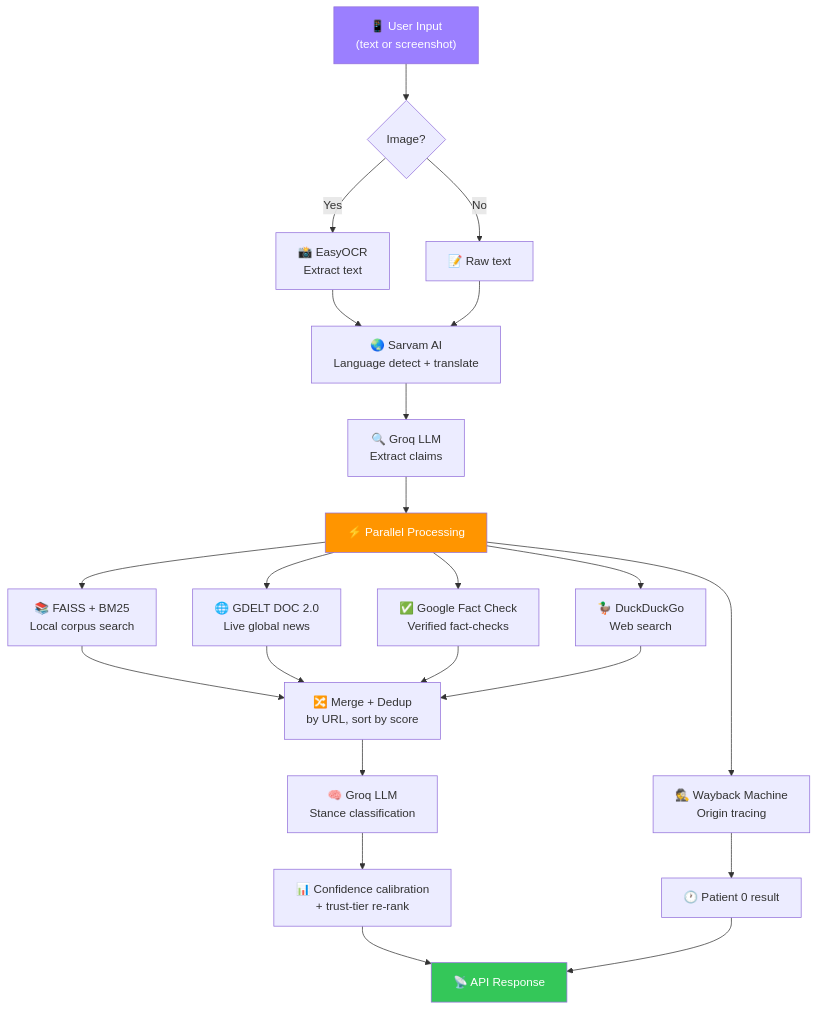
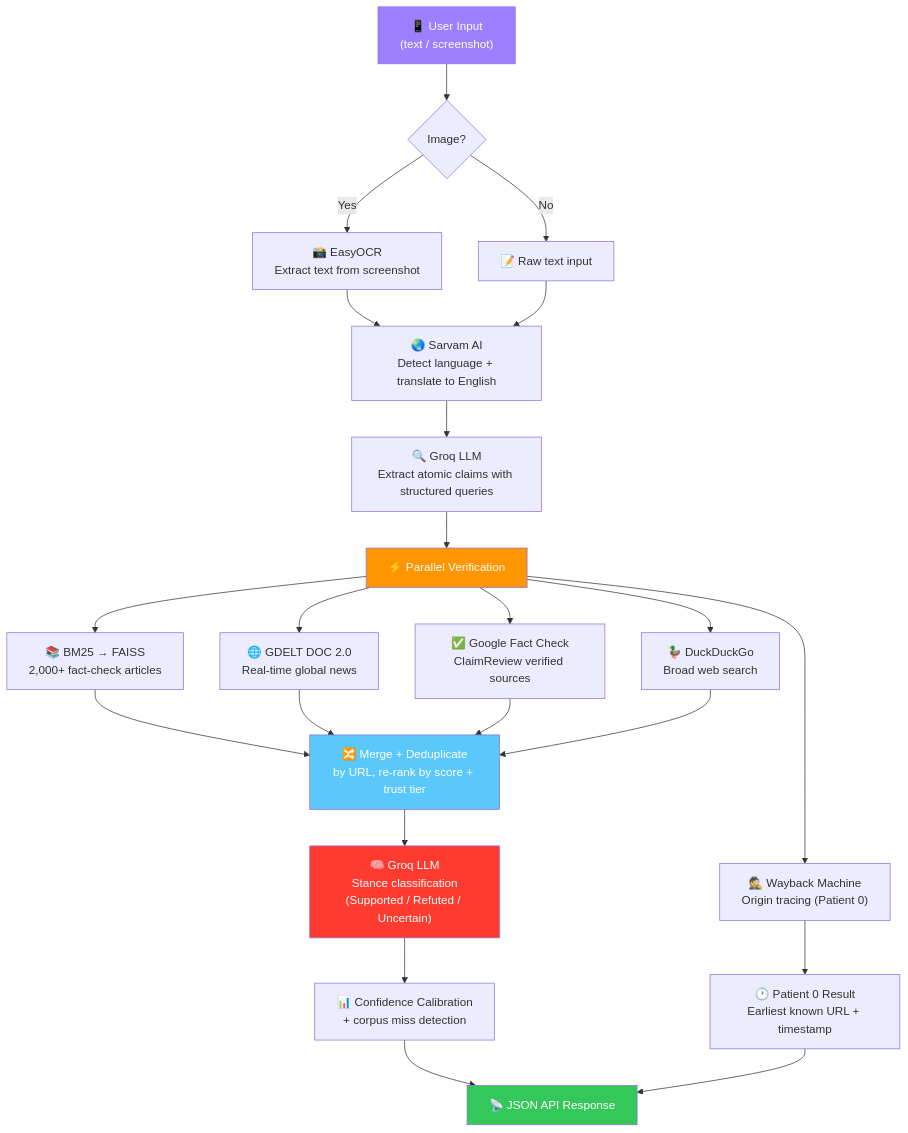
The diagram in README.md (krednie/AIfactChecker), drawn with Mermaid before and after one commit. The commit also changed other lines of this file and 1 other file, not shown here.

````diff
--- a/README.md
+++ b/README.md
@@ -26,32 +74,34 @@
 ```mermaid
 flowchart TD
-    A["📱 User Input<br/>(text or screenshot)"] --> B{"Image?"}
-    B -->|Yes| C["📸 EasyOCR<br/>Extract text"]
-    B -->|No| D["📝 Raw text"]
-    C --> E["🌏 Sarvam AI<br/>Language detect + translate"]
+    A["📱 User Input<br/>(text / screenshot)"] --> B{"Image?"}
+    B -->|Yes| C["📸 EasyOCR<br/>Extract text from screenshot"]
+    B -->|No| D["📝 Raw text input"]
+    C --> E["🌏 Sarvam AI<br/>Detect language + translate to English"]
     D --> E
-    E --> F["🔍 Groq LLM<br/>Extract claims"]
-    F --> G["⚡ Parallel Processing"]
+    E --> F["🔍 Groq LLM<br/>Extract atomic claims with structured queries"]
+    F --> G["⚡ Parallel Verification"]
     
-    G --> H["📚 FAISS + BM25<br/>Local corpus search"]
-    G --> I["🌐 GDELT DOC 2.0<br/>Live global news"]
-    G --> J["✅ Google Fact Check<br/>Verified fact-checks"]
-    G --> K["🦆 DuckDuckGo<br/>Web search"]
-    G --> L["🕵️ Wayback Machine<br/>Origin tracing"]
+    G --> H["📚 BM25 → FAISS<br/>2,000+ fact-check articles"]
+    G --> I["🌐 GDELT DOC 2.0<br/>Real-time global news"]
+    G --> J["✅ Google Fact Check<br/>ClaimReview verified sources"]
+    G --> K["🦆 DuckDuckGo<br/>Broad web search"]
+    G --> L["🕵️ Wayback Machine<br/>Origin tracing (Patient 0)"]
     
-    H --> M["🔀 Merge + Dedup<br/>by URL, sort by score"]
+    H --> M["🔀 Merge + Deduplicate<br/>by URL, re-rank by score + trust tier"]
     I --> M
     J --> M
     K --> M
     
-    M --> N["🧠 Groq LLM<br/>Stance classification"]
-    N --> O["📊 Confidence calibration<br/>+ trust-tier re-rank"]
-    L --> P["🕐 Patient 0 result"]
+    M --> N["🧠 Groq LLM<br/>Stance classification<br/>(Supported / Refuted / Uncertain)"]
+    N --> O["📊 Confidence Calibration<br/>+ corpus miss detection"]
+    L --> P["🕐 Patient 0 Result<br/>Earliest known URL + timestamp"]
     
-    O --> Q["📡 API Response"]
+    O --> Q["📡 JSON API Response"]
     P --> Q
 
     style A fill:#9B7FFF,color:#fff
+    style G fill:#FF9500,color:#fff
     style Q fill:#34C759,color:#fff
-    style G fill:#FF9500,color:#fff
+    style M fill:#5AC8FA,color:#fff
+    style N fill:#FF3B30,color:#fff
 ```
````
